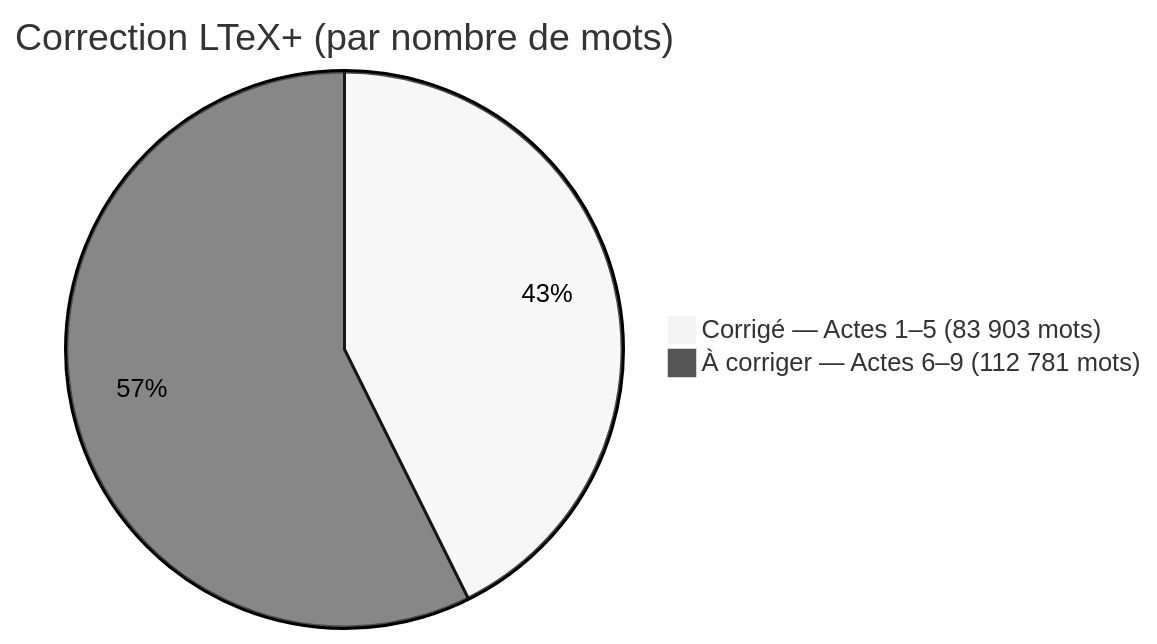
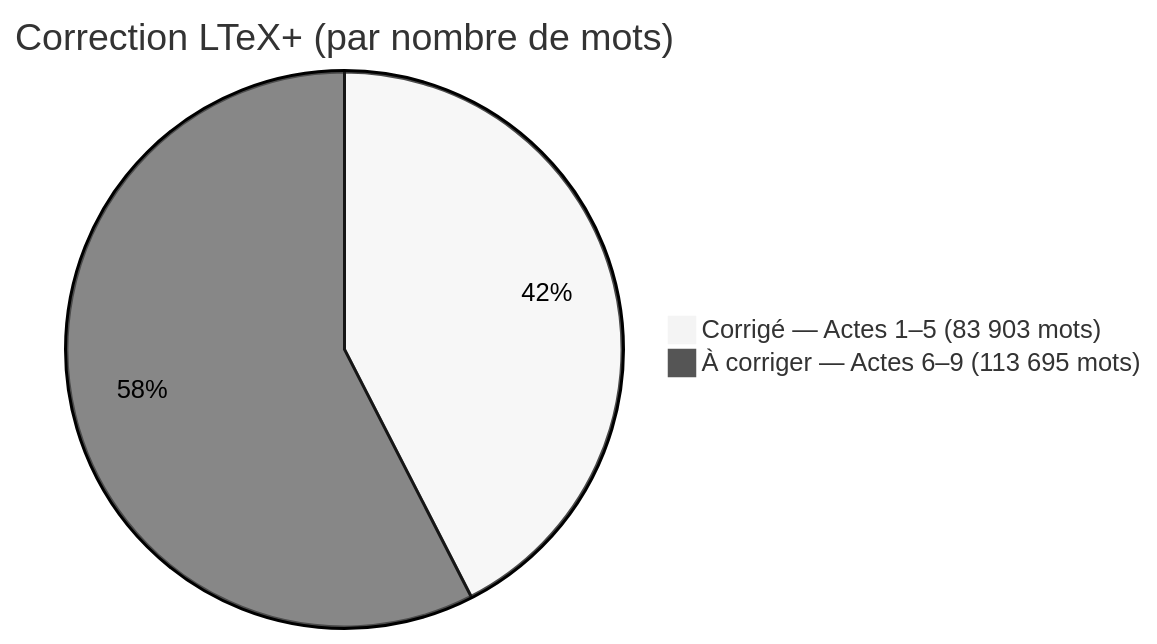
Before and after one commit to eric-mugnier/tete-de-veau-ravigote: the diagram in actes/word_count.md, drawn with Mermaid (neutral theme). The commit also changed other lines of this file and 6 other files, not shown here.

````diff
--- a/actes/word_count.md
+++ b/actes/word_count.md
@@ -23,5 +24,5 @@
 ```mermaid
 pie title Correction LTeX+ (par nombre de mots)
     "Corrigé — Actes 1–5 (83 903 mots)" : 83903
-    "À corriger — Actes 6–9 (112 781 mots)" : 112781
+    "À corriger — Actes 6–9 (113 695 mots)" : 113695
 ```
````
